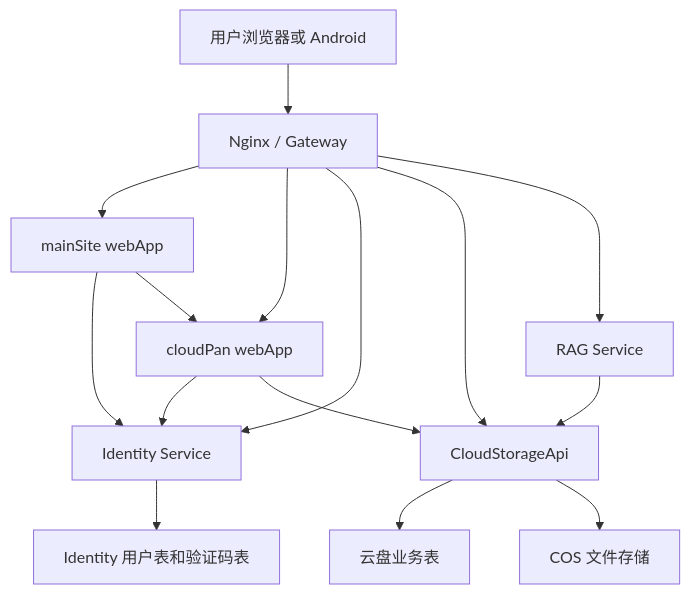
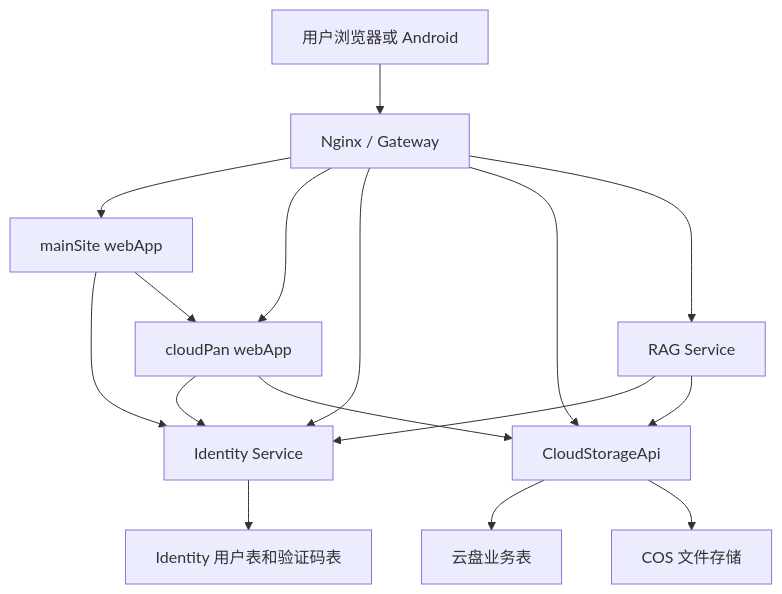
The diagram in docs/identity-service-migration-plan.md (changdaobbz01/aliciaCloudStorage), drawn with Mermaid before and after one commit. The commit also changed other lines of this file and 13 other files, not shown here.

````diff
--- a/docs/identity-service-migration-plan.md
+++ b/docs/identity-service-migration-plan.md
@@ -263,19 +263,20 @@
 ```mermaid
 flowchart TD
     User["用户浏览器或 Android"] --> Gateway["Nginx / Gateway"]
     Gateway --> MainSite["mainSite webApp"]
     Gateway --> CloudWeb["cloudPan webApp"]
     Gateway --> Identity["Identity Service"]
     Gateway --> CloudApi["CloudStorageApi"]
     Gateway --> Rag["RAG Service"]
 
     Identity --> IdentityTables["Identity 用户表和验证码表"]
     CloudApi --> CloudTables["云盘业务表"]
     CloudApi --> Cos["COS 文件存储"]
+    Rag --> Identity
     Rag --> CloudApi
 
     CloudWeb --> Identity
     CloudWeb --> CloudApi
     MainSite --> Identity
     MainSite --> CloudWeb
 ```
````
